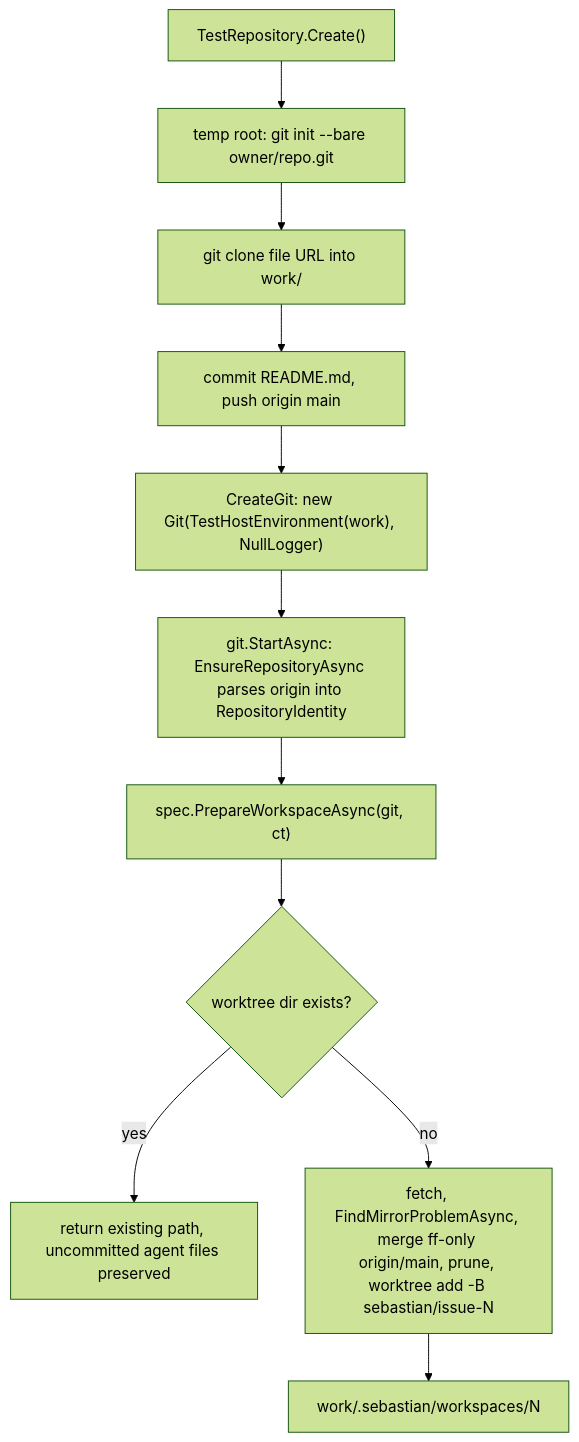
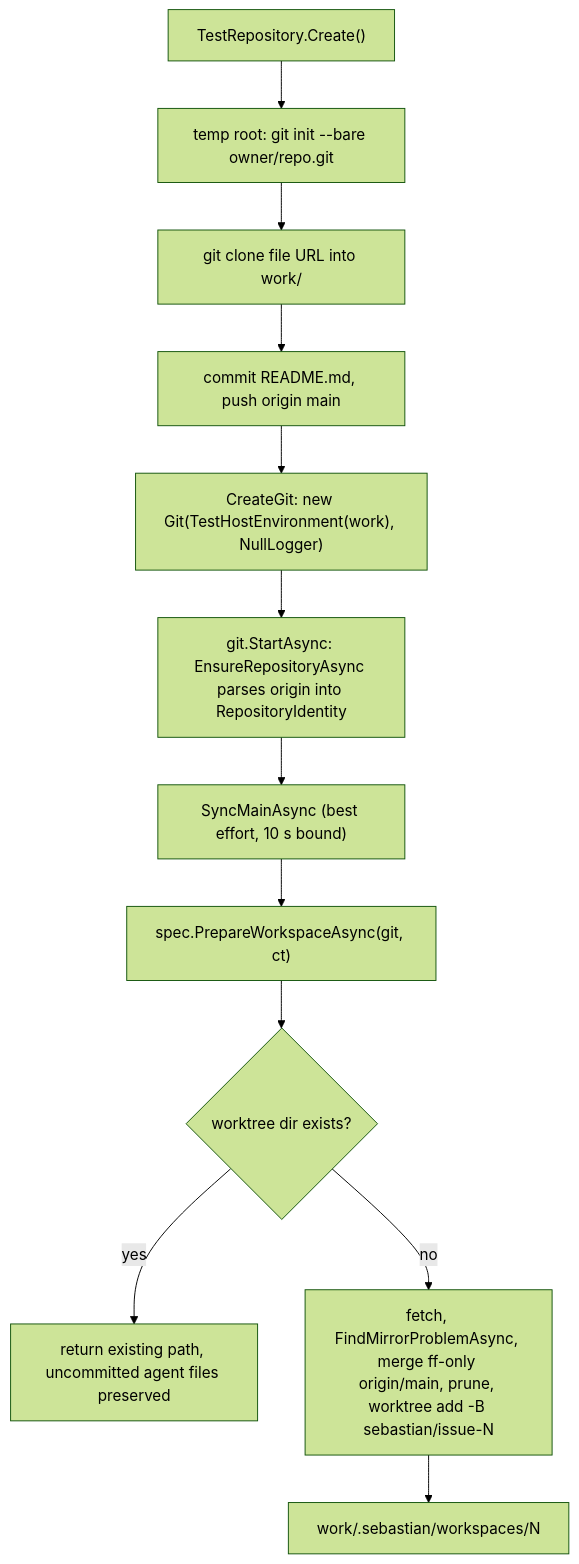
The diagram in openwiki/testing/test-strategy.md (ToufiqSenpai/sebastian), drawn with Mermaid (forest theme) before and after one commit. The commit also changed other lines of this file and 37 other files, not shown here.

````diff
--- a/openwiki/testing/test-strategy.md
+++ b/openwiki/testing/test-strategy.md
@@ -142,13 +150,14 @@
 ```mermaid
 flowchart TD
     A["TestRepository.Create()"] --> B["temp root: git init --bare owner/repo.git"]
     B --> C["git clone file URL into work/"]
     C --> D["commit README.md, push origin main"]
     D --> E["CreateGit: new Git(TestHostEnvironment(work), NullLogger)"]
     E --> F["git.StartAsync: EnsureRepositoryAsync parses origin into RepositoryIdentity"]
-    F --> G["spec.PrepareWorkspaceAsync(git, ct)"]
-    G --> H{"worktree dir exists?"}
-    H -->|yes| I["return existing path, uncommitted agent files preserved"]
-    H -->|no| J["fetch, FindMirrorProblemAsync, merge ff-only origin/main, prune, worktree add -B sebastian/issue-N"]
-    J --> K["work/.sebastian/workspaces/N"]
+    F --> G["SyncMainAsync (best effort, 10 s bound)"]
+    G --> H["spec.PrepareWorkspaceAsync(git, ct)"]
+    H --> I{"worktree dir exists?"}
+    I -->|yes| J["return existing path, uncommitted agent files preserved"]
+    I -->|no| K["fetch, FindMirrorProblemAsync, merge ff-only origin/main, prune, worktree add -B sebastian/issue-N"]
+    K --> L["work/.sebastian/workspaces/N"]
 ```
````
